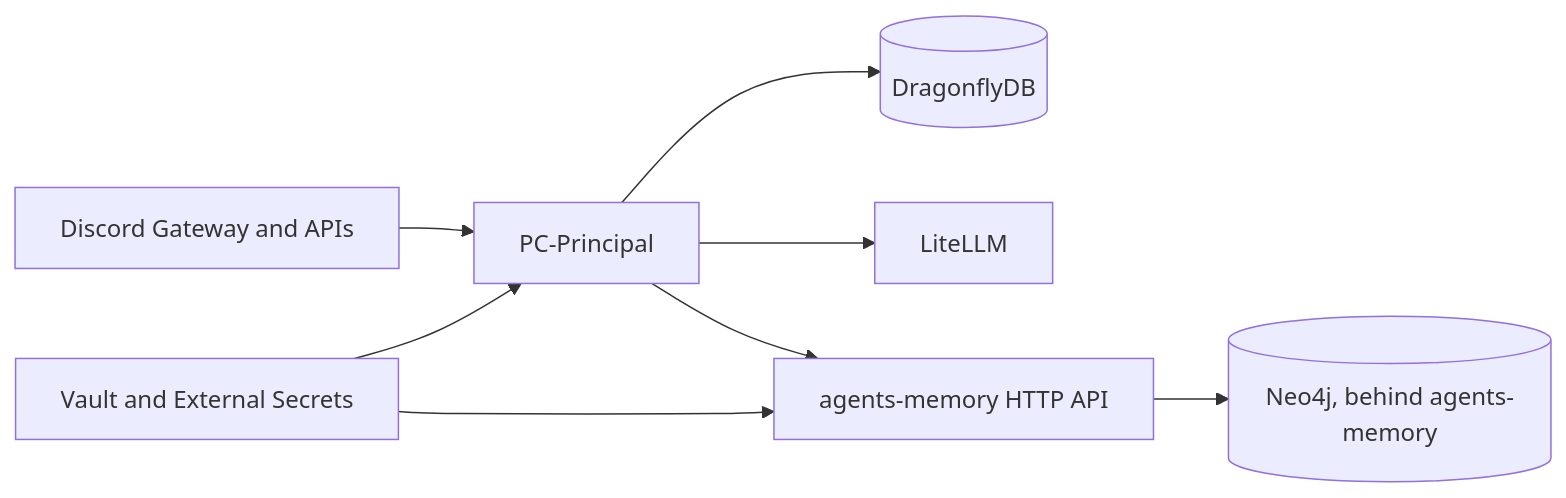
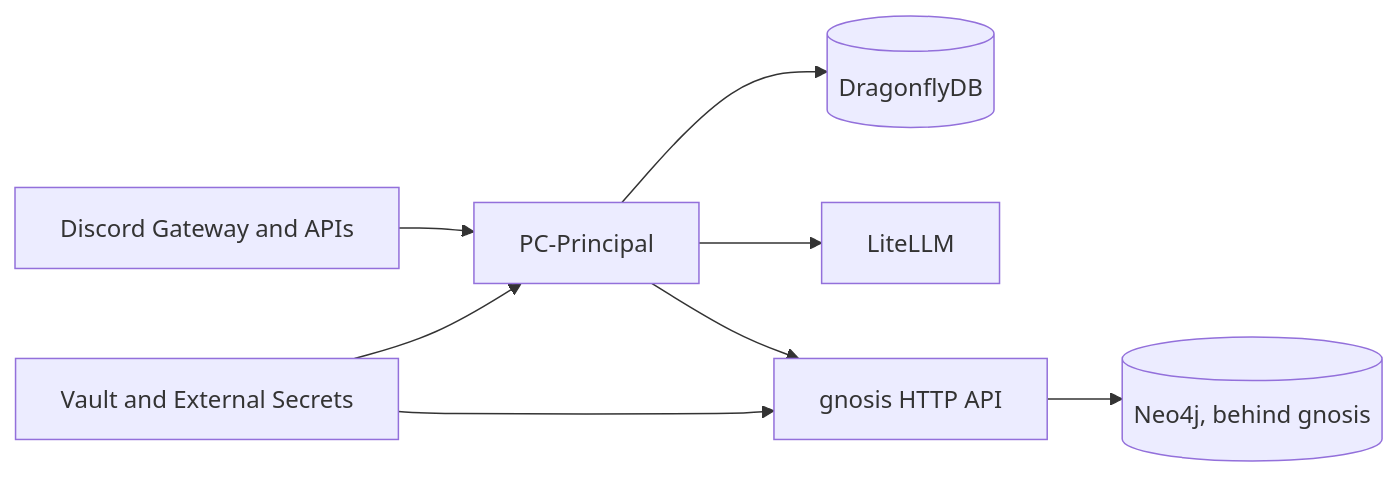
Before and after one commit to bromigos-org/PC-Principal: the first of 2 diagrams in README.md, drawn with Mermaid. The commit also changed other lines of this file and 15 other files, not shown here.

First line of the commit message:
refactor(memory): consume gnosis env contract

````diff
--- a/README.md
+++ b/README.md
@@ -18,18 +18,18 @@
 ```mermaid
 flowchart LR
     Discord[Discord Gateway and APIs]
     Bot[PC-Principal]
     Dragonfly[(DragonflyDB)]
     LiteLLM[LiteLLM]
-    Memory[agents-memory HTTP API]
-    Neo4j[(Neo4j, behind agents-memory)]
+    Memory[gnosis HTTP API]
+    Neo4j[(Neo4j, behind gnosis)]
     Vault[Vault and External Secrets]
 
     Discord --> Bot
     Bot --> Dragonfly
     Bot --> LiteLLM
     Bot --> Memory
     Memory --> Neo4j
     Vault --> Bot
     Vault --> Memory
 ```
````
